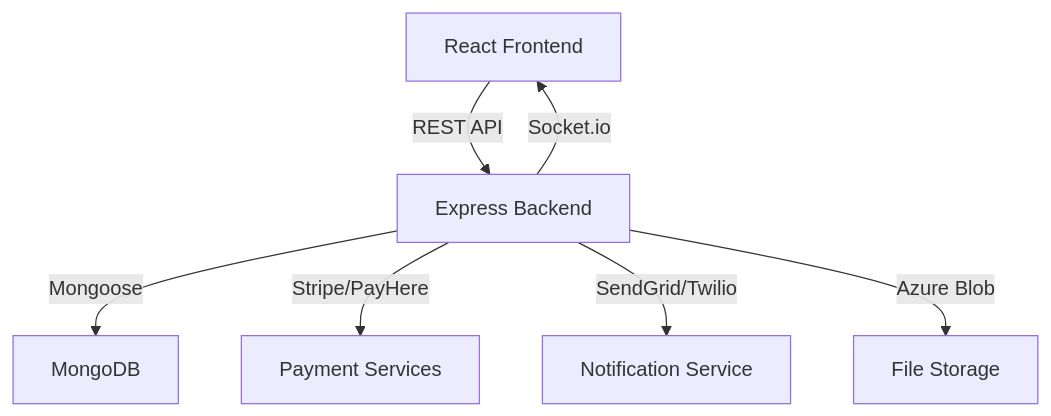
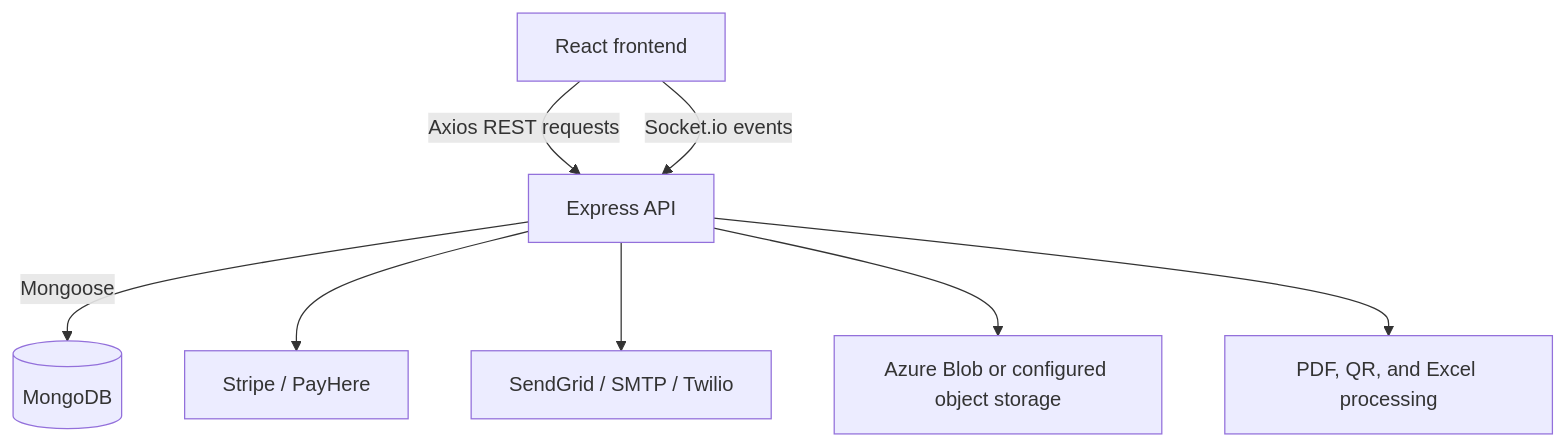
The first of 5 diagrams in docs/01_PROJECT_OVERVIEW.md (thinu272/eams), drawn with Mermaid before and after one commit. The commit also changed other lines of this file and 39 other files, not shown here.

````diff
--- a/docs/01_PROJECT_OVERVIEW.md
+++ b/docs/01_PROJECT_OVERVIEW.md
@@ -25,9 +68,10 @@
 ```mermaid
 graph TD
-    UI[React Frontend] -->|REST API| API[Express Backend]
-    API -->|Mongoose| DB[MongoDB]
-    API -->|Socket.io| UI
-    API -->|Stripe/PayHere| PaymentGateways[Payment Services]
-    API -->|SendGrid/Twilio| Notif[Notification Service]
-    API -->|Azure Blob| Storage[File Storage]
+    Browser[React frontend] -->|Axios REST requests| API[Express API]
+    Browser -->|Socket.io events| API
+    API -->|Mongoose| MongoDB[(MongoDB)]
+    API --> Payments[Stripe / PayHere]
+    API --> Messages[SendGrid / SMTP / Twilio]
+    API --> Storage[Azure Blob or configured object storage]
+    API --> Files[PDF, QR, and Excel processing]
 ```
````
